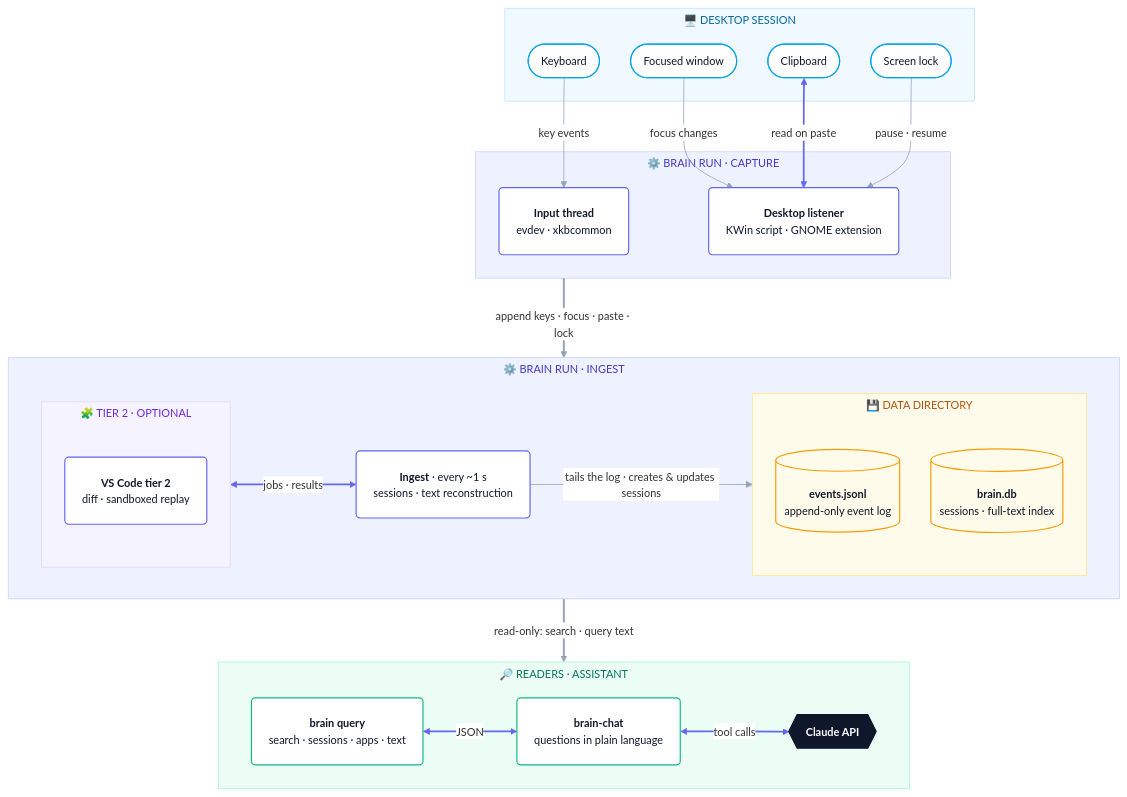
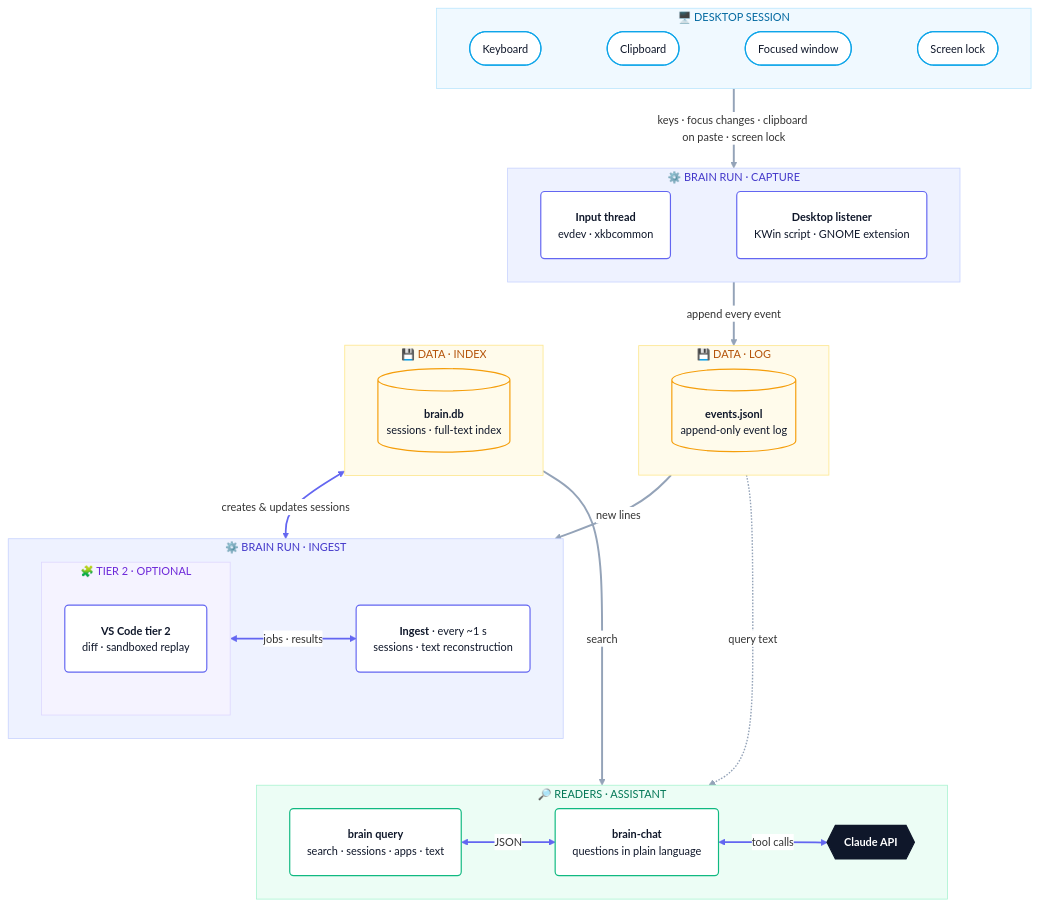
One commit to ChenOhana/shadow-assistant changed the first of 2 diagrams in DIAGRAMS.md. Above: the diagram before and after it, drawn with Mermaid. The commit also changed other lines of this file, not shown here.

Commit message:
Fix three relations in the architecture diagram
Desktop now feeds capture with one arrow into the capture box; the log
and brain.db are their own layers, so ingest is drawn reading new
lines from the log and creating and updating sessions in brain.db
instead of seeming to write the log; and brain query gets a search
arrow from brain.db and a query text arrow from the log. Every arrow
between layers joins top-level boxes, which keeps each row left to
right in GitHub's Mermaid 12.

Claude-Session: https://claude.ai/code/session_01TqJ1JQ5AR6NbGxAYUZbh83

````diff
--- a/DIAGRAMS.md
+++ b/DIAGRAMS.md
@@ -9,66 +11,76 @@
 ```mermaid
-%%{init: {"theme": "base", "themeVariables": {"fontSize": "14px", "lineColor": "#94a3b8", "edgeLabelBackground": "#ffffff", "textColor": "#334155"}, "flowchart": {"curve": "basis", "padding": 22, "nodeSpacing": 40, "rankSpacing": 60, "subGraphTitleMargin": {"top": 4, "bottom": 12}}}}%%
+%%{init: {"theme": "base", "themeVariables": {"fontSize": "14px", "lineColor": "#94a3b8", "edgeLabelBackground": "#ffffff", "textColor": "#334155"}, "flowchart": {"curve": "basis", "padding": 22, "nodeSpacing": 40, "rankSpacing": 60}}}%%
 flowchart TB
     subgraph L1["🖥️  DESKTOP SESSION"]
+        direction LR
         KB(["Keyboard"])
+        CLIP(["Clipboard"])
         FOC(["Focused window"])
-        CLIP(["Clipboard"])
         SCR(["Screen lock"])
+        KB ~~~ CLIP ~~~ FOC ~~~ SCR
     end
 
     subgraph L2["⚙️  BRAIN RUN · CAPTURE"]
+        direction LR
         INP("<b>Input thread</b><br/>evdev · xkbcommon")
         DSK("<b>Desktop listener</b><br/>KWin script · GNOME extension")
+        INP ~~~ DSK
+    end
+
+    subgraph FLOG["💾  DATA · LOG"]
+        LOG[("<b>events.jsonl</b><br/>append-only event log")]
+    end
+
+    subgraph FDB["💾  DATA · INDEX"]
+        DB[("<b>brain.db</b><br/>sessions · full-text index")]
     end
 
     subgraph L3["⚙️  BRAIN RUN · INGEST"]
         direction LR
         subgraph LT["🧩  TIER 2 · OPTIONAL"]
             T2("<b>VS Code tier 2</b><br/>diff · sandboxed replay")
         end
         ING("<b>Ingest</b> · every ~1 s<br/>sessions · text reconstruction")
-        subgraph LD["💾  DATA DIRECTORY"]
-            LOG[("<b>events.jsonl</b><br/>append-only event log")]
-            DB[("<b>brain.db</b><br/>sessions · full-text index")]
-        end
         LT <-->|"jobs · results"| ING
-        ING -->|"tails the log · creates & updates sessions"| LD
     end
 
     subgraph L4["🔎  READERS · ASSISTANT"]
         direction LR
         Q("<b>brain query</b><br/>search · sessions · apps · text")
         CHAT("<b>brain-chat</b><br/>questions in plain language")
         API{{"<b>Claude API</b>"}}
         Q <-->|"JSON"| CHAT
         CHAT <-->|"tool calls"| API
     end
 
-    KB -->|"key events"| INP
-    FOC -->|"focus changes"| DSK
-    CLIP <-->|"read on paste"| DSK
-    SCR -->|"pause · resume"| DSK
-    L2 ==>|"append keys · focus · paste · lock"| L3
-    L3 ==>|"read-only: search · query text"| L4
+    L1 ==>|"keys · focus changes · clipboard on paste · screen lock"| L2
+    L2 ==>|"append every event"| FLOG
+    FLOG ==>|"new lines"| L3
+    FDB <==>|"creates & updates sessions"| L3
+    L3 ~~~ L4
+    FDB ==>|"search"| L4
+    FLOG -.->|"query text"| L4
 
     classDef src fill:#ffffff,stroke:#0ea5e9,stroke-width:1.5px,color:#0f172a
     classDef proc fill:#ffffff,stroke:#6366f1,stroke-width:1.5px,color:#0f172a
     classDef store fill:#fffbeb,stroke:#f59e0b,stroke-width:1.5px,color:#0f172a
     classDef read fill:#ffffff,stroke:#10b981,stroke-width:1.5px,color:#0f172a
     classDef ext fill:#0f172a,stroke:#0f172a,stroke-width:1.5px,color:#ffffff
     class KB,FOC,CLIP,SCR src
     class INP,DSK,ING,T2 proc
     class LOG,DB store
     class Q,CHAT read
     class API ext
 
     style L1 fill:#f0f9ff,stroke:#bae6fd,color:#0369a1
     style L2 fill:#eef2ff,stroke:#c7d2fe,color:#4338ca
+    style FLOG fill:#fffbeb,stroke:#fde68a,color:#b45309
+    style FDB fill:#fffbeb,stroke:#fde68a,color:#b45309
     style L3 fill:#eef2ff,stroke:#c7d2fe,color:#4338ca
     style LT fill:#f5f3ff,stroke:#ddd6fe,color:#6d28d9
-    style LD fill:#fffbeb,stroke:#fde68a,color:#b45309
     style L4 fill:#ecfdf5,stroke:#a7f3d0,color:#047857
 
-    linkStyle 0,2,3,6 stroke:#6366f1,stroke-width:2.2px
-    linkStyle 8,9 stroke:#94a3b8,stroke-width:2.5px
+    linkStyle 4,5,6,10 stroke:#6366f1,stroke-width:2.2px
+    linkStyle 7,8,9,12 stroke:#94a3b8,stroke-width:2.5px
+    linkStyle 13 stroke:#94a3b8,stroke-width:1.8px
 ```
````
